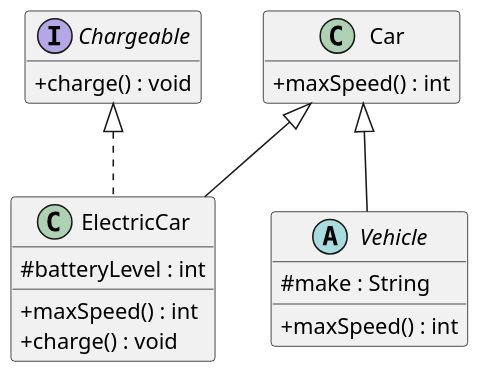
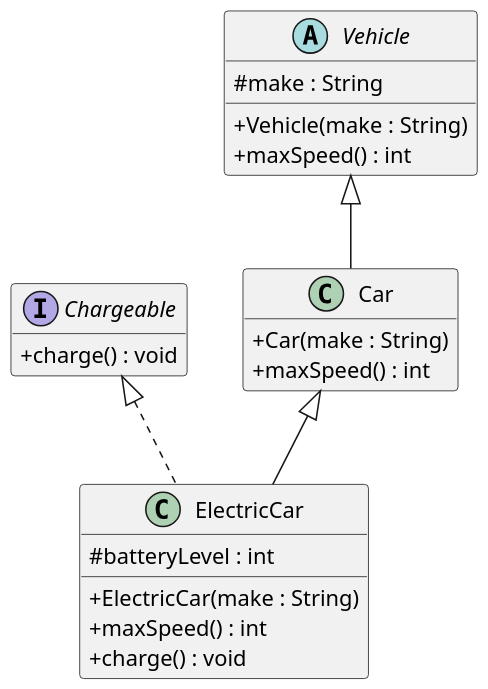
One commit to Cath-A/207-course-notes changed the diagram in plantuml/exercises/vehicles-uml-starter.puml. Above: the diagram before and after it, drawn with PlantUML.

Commit message:
Fix UML Question

```diff
--- a/plantuml/exercises/vehicles-uml-starter.puml
+++ b/plantuml/exercises/vehicles-uml-starter.puml
@@ -1,44 +1,47 @@
 @startuml
 skinparam dpi 150
 skinparam classAttributeIconSize 0
 hide empty members
 
 ' Your task (Chapter 3, Question 2): draw the UML class diagram for the
 ' Vehicle / Car / ElectricCar / Chargeable code.
 '
 ' Define each type as a box, then connect them with the right arrows. One box
 ' (Chargeable) is filled in as an example — complete the other three and add the
 ' relationships.
 '
 ' PlantUML cheat-sheet:
 '   interface Name { + method() : Type }
 '   abstract class Name { # field : Type }
 '   class Name { - field : Type }
 '   Parent    <|-- Child    ' generalization: Child extends Parent
 '   Interface <|.. Class    ' realization:    Class implements Interface
 ' (Putting the parent/interface on the LEFT of the arrow keeps it on top.)
 
 interface Chargeable {
   + charge() : void
 }
 
 abstract class Vehicle {
   # make : String
+  + Vehicle(make : String)
   + maxSpeed() : int
 }
 
 class Car {
+  + Car(make : String)
   + maxSpeed() : int
 }
 
 class ElectricCar {
   # batteryLevel : int
+  + ElectricCar(make : String)
   + maxSpeed() : int
   + charge() : void
 }
 
-Car <|-- Vehicle
+Vehicle <|-- Car
 Car <|-- ElectricCar
 Chargeable <|.. ElectricCar
 
 @enduml
```
